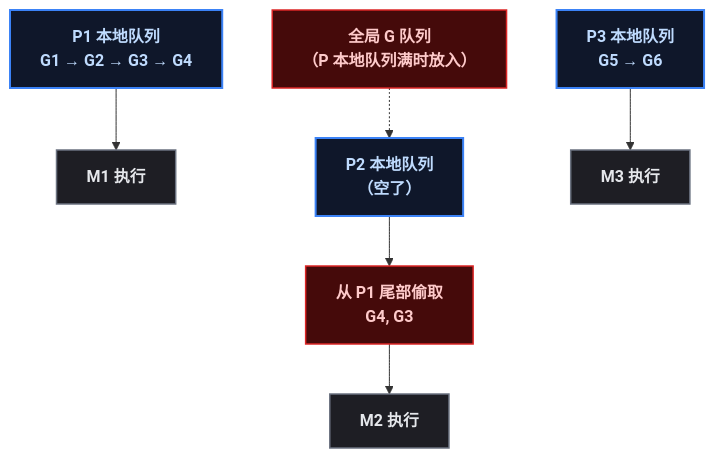
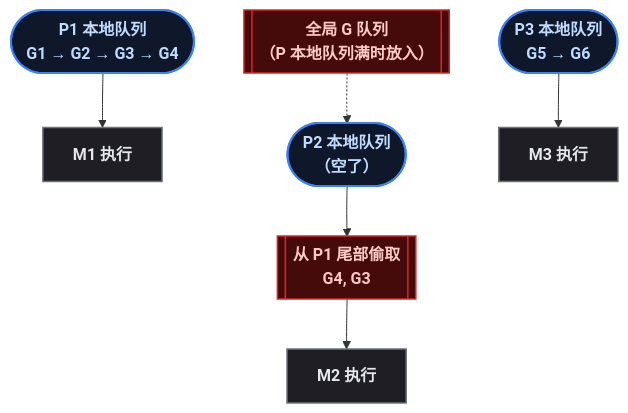
The fourth of 8 diagrams in content/posts/go/GoRuntimeJVM.md (yaocat55/yaocat55.github.io), drawn with Mermaid before and after one commit. The commit also changed other lines of this file and 14 other files, not shown here.

````diff
--- a/content/posts/go/GoRuntimeJVM.md
+++ b/content/posts/go/GoRuntimeJVM.md
@@ -148,18 +148,18 @@
 ```mermaid
 flowchart TD
-    P1["P1 本地队列\nG1 → G2 → G3 → G4"] --> M1["M1 执行"]
-    P2["P2 本地队列\n（空了）"] --> Steal["从 P1 尾部偷取\nG4, G3"]
+    P1(["P1 本地队列\nG1 → G2 → G3 → G4"]) --> M1["M1 执行"]
+    P2(["P2 本地队列\n（空了）"]) --> Steal[["从 P1 尾部偷取\nG4, G3"]]
     Steal --> M2["M2 执行"]
 
-    P3["P3 本地队列\nG5 → G6"] --> M3["M3 执行"]
+    P3(["P3 本地队列\nG5 → G6"]) --> M3["M3 执行"]
 
-    Global["全局 G 队列\n（P 本地队列满时放入）"] -.-> P2
+    Global[["全局 G 队列\n（P 本地队列满时放入）"]] -.-> P2
 
 classDef root fill:#0f172a,stroke:#3b82f6,stroke-width:2px,color:#bfdbfe,font-weight:bold;
 classDef process fill:#1e1e24,stroke:#6b7280,stroke-width:1.5px,color:#e5e7eb;
 classDef highlight fill:#450a0a,stroke:#dc2626,stroke-width:1.5px,color:#fecaca,font-weight:bold;
 
     class P1,P2,P3 root
     class M1,M2,M3 process
     class Steal,Global highlight
 ```
````
